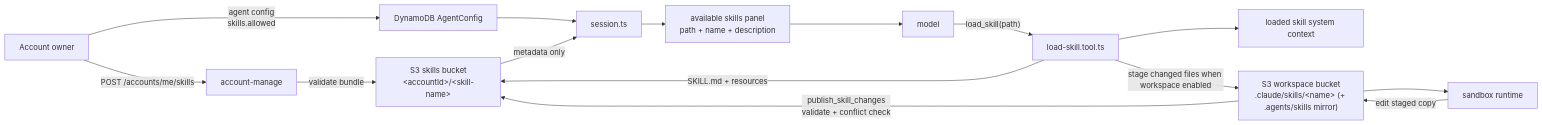
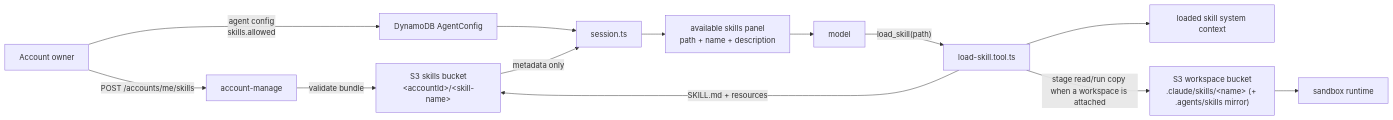
One commit to beeblastco/broods changed the diagram in docs/skills.md. Above: the diagram before and after it, drawn with Mermaid. The commit also changed other lines of this file and 84 other files, not shown here.

````diff
--- a/docs/skills.md
+++ b/docs/skills.md
@@ -7,17 +14,15 @@
 ```mermaid
 flowchart LR
   Owner["Account owner"] -->|"POST /accounts/me/skills"| Manage["account-manage"]
   Manage -->|"validate bundle"| SkillStore["S3 skills bucket<br/>&lt;accountId&gt;/&lt;skill-name&gt;"]
   Owner -->|"agent config<br/>skills.allowed"| AgentConfig["DynamoDB AgentConfig"]
   AgentConfig --> Session["session.ts"]
   SkillStore -->|"metadata only"| Session
   Session --> Prompt["available skills panel<br/>path + name + description"]
   Prompt --> Model["model"]
   Model -->|"load_skill(path)"| Loader["load-skill.tool.ts"]
   Loader -->|"SKILL.md + resources"| SkillStore
   Loader --> Loaded["loaded skill system context"]
-  Loader -->|"stage changed files when workspace enabled"| Workspace["S3 workspace bucket<br/>.claude/skills/&lt;name&gt; (+ .agents/skills mirror)"]
+  Loader -->|"stage read/run copy when a workspace is attached"| Workspace["S3 workspace bucket<br/>.claude/skills/&lt;name&gt; (+ .agents/skills mirror)"]
   Workspace --> Sandbox["sandbox runtime"]
-  Sandbox -->|"edit staged copy"| Workspace
-  Workspace -->|"publish_skill_changes<br/>validate + conflict check"| SkillStore
 ```
````
